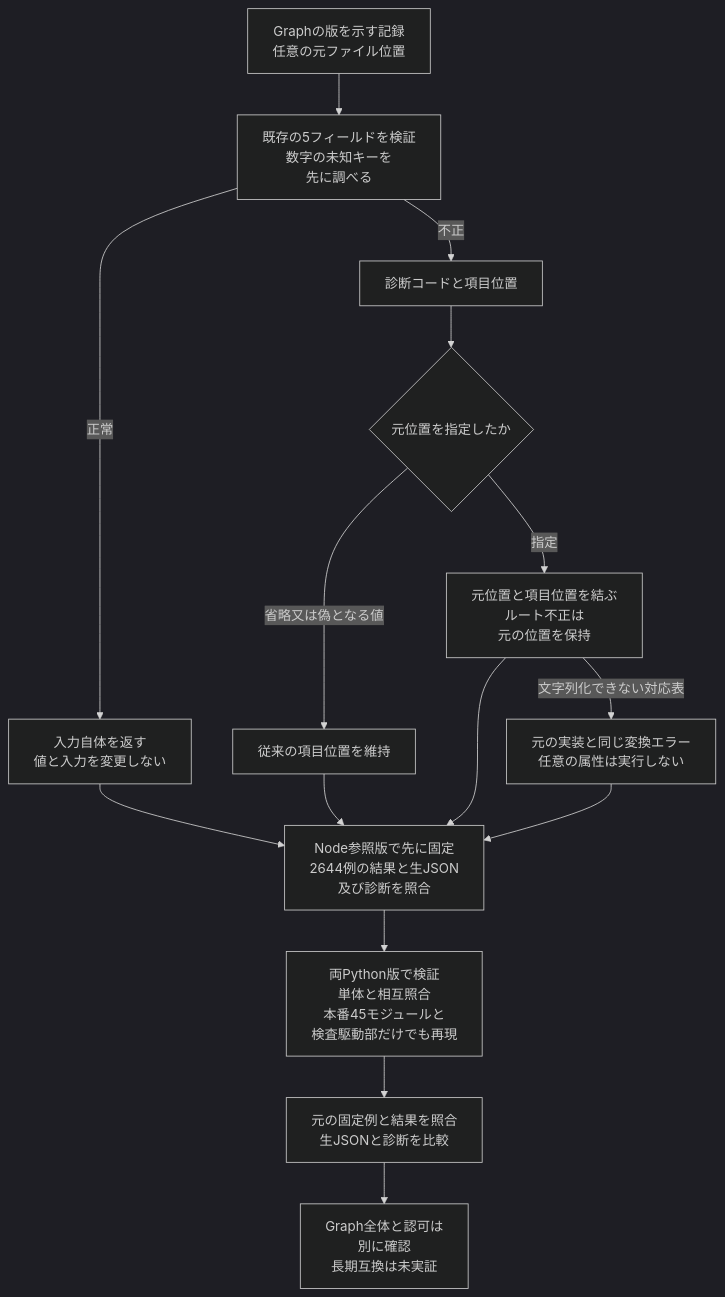
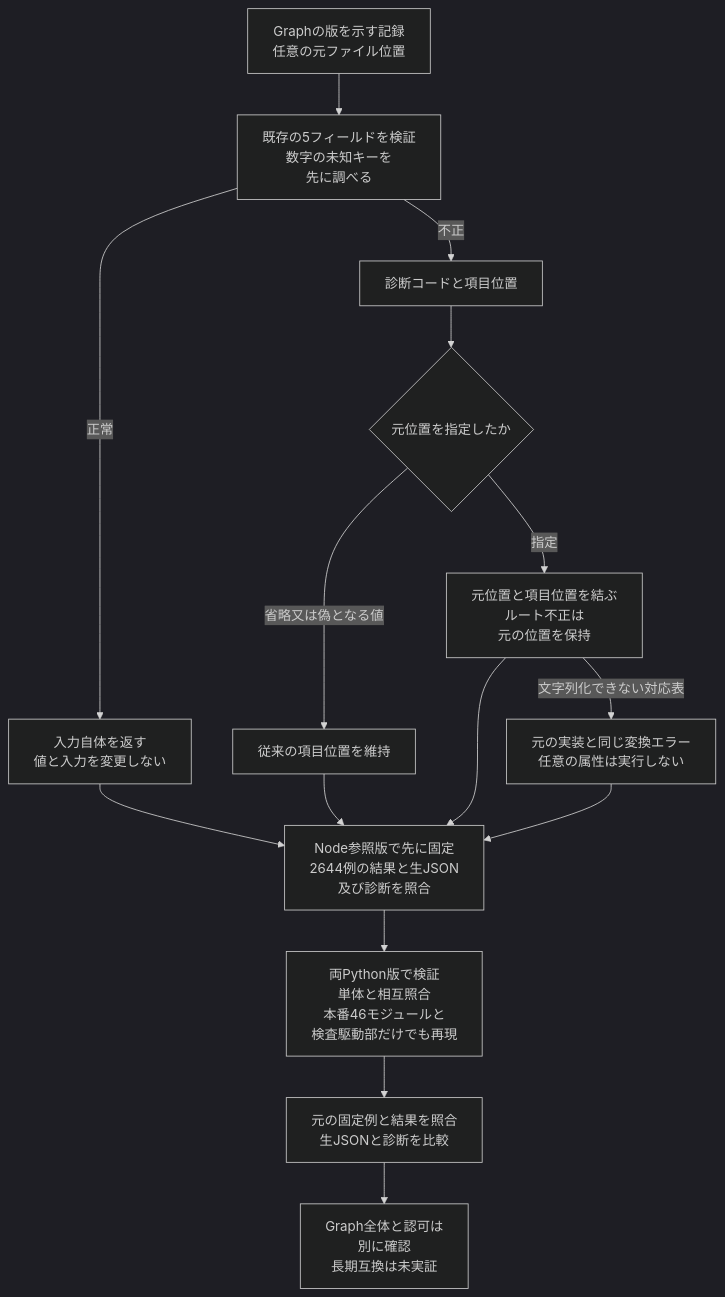
One commit to koukemo/morivyx changed the diagram in docs/diagrams/python-graph-revision.mmd. Above: the diagram before and after it, drawn with Mermaid (dark theme). The commit also changed 44 other files, not shown here.

```diff
--- a/docs/diagrams/python-graph-revision.mmd
+++ b/docs/diagrams/python-graph-revision.mmd
@@ -1,15 +1,15 @@
 flowchart TD
   A[Graphの版を示す記録<br/>任意の元ファイル位置] --> B[既存の5フィールドを検証<br/>数字の未知キーを<br/>先に調べる]
   B -->|正常| C[入力自体を返す<br/>値と入力を変更しない]
   B -->|不正| D[診断コードと項目位置]
   D --> E{元位置を指定したか}
   E -->|省略又は偽となる値| F[従来の項目位置を維持]
   E -->|指定| G[元位置と項目位置を結ぶ<br/>ルート不正は<br/>元の位置を保持]
   G -->|文字列化できない対応表| H[元の実装と同じ変換エラー<br/>任意の属性は実行しない]
   C --> I[Node参照版で先に固定<br/>2644例の結果と生JSON<br/>及び診断を照合]
   F --> I
   G --> I
   H --> I
-  I --> J[両Python版で検証<br/>単体と相互照合<br/>本番45モジュールと<br/>検査駆動部だけでも再現]
+  I --> J[両Python版で検証<br/>単体と相互照合<br/>本番46モジュールと<br/>検査駆動部だけでも再現]
   J --> K[元の固定例と結果を照合<br/>生JSONと診断を比較]
   K --> L[Graph全体と認可は<br/>別に確認<br/>長期互換は未実証]
```
